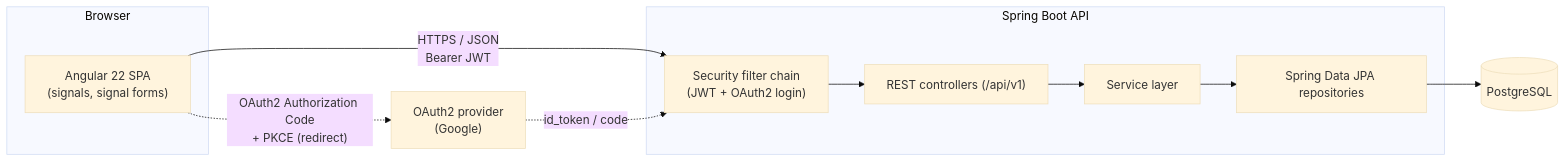
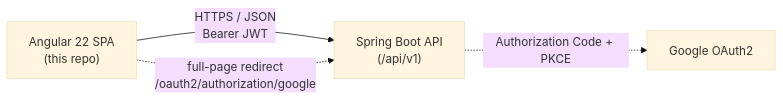
The first of 2 diagrams in docs/ARCHITECTURE.md (omarkelovUA/budget-front), drawn with Mermaid (base theme) before and after one commit. The commit also changed other lines of this file and 5 other files, not shown here.

First line of the commit message:
docs: make ARCHITECTURE.md frontend-only, move PLAN.md out of the repo

````diff
--- a/docs/ARCHITECTURE.md
+++ b/docs/ARCHITECTURE.md
@@ -21,20 +21,10 @@
 ```mermaid
 flowchart LR
-    subgraph Client["Browser"]
-        FE["Angular 22 SPA\n(signals, signal forms)"]
-    end
+    FE["Angular 22 SPA\n(this repo)"]
+    API["Spring Boot API\n(/api/v1)"]
+    IDP["Google OAuth2"]
 
-    subgraph Server["Spring Boot API"]
-        SEC["Security filter chain\n(JWT + OAuth2 login)"]
-        API["REST controllers (/api/v1)"]
-        SVC["Service layer"]
-        REPO["Spring Data JPA repositories"]
-    end
-
-    DB[("PostgreSQL")]
-    IDP["OAuth2 provider\n(Google)"]
-
-    FE -- "HTTPS / JSON\nBearer JWT" --> SEC --> API --> SVC --> REPO --> DB
-    FE -. "OAuth2 Authorization Code\n+ PKCE (redirect)" .-> IDP
-    IDP -. "id_token / code" .-> SEC
+    FE -- "HTTPS / JSON\nBearer JWT" --> API
+    FE -. "full-page redirect\n/oauth2/authorization/google" .-> API
+    API -. "Authorization Code + PKCE" .-> IDP
 ```
````
